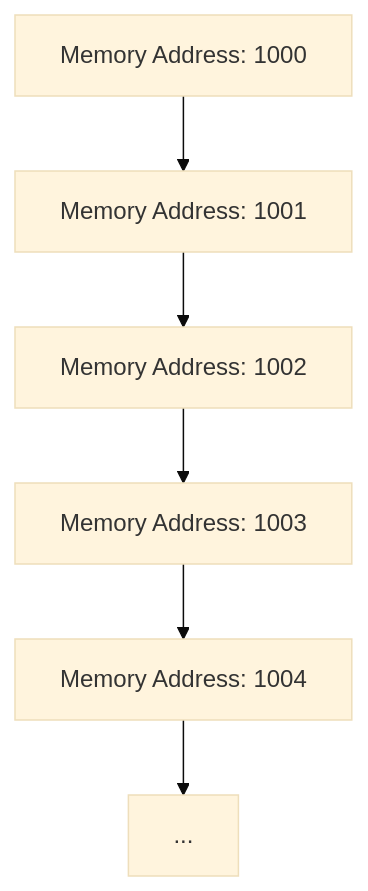
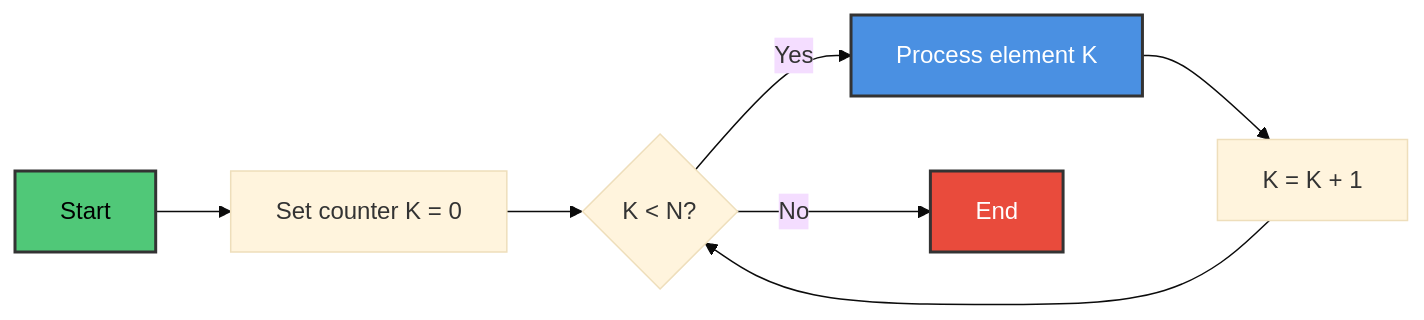
The fourth of 15 diagrams in Chapter 4 - Arrays, Records and Pointers/README.md (M-F-Tushar/CSE-2101-Data-Structure), drawn with Mermaid (base theme) before and after one commit. The commit also changed other lines of this file, not shown here.

````diff
--- a/Chapter 4 - Arrays, Records and Pointers/README.md
+++ b/Chapter 4 - Arrays, Records and Pointers/README.md
@@ -215,8 +246,13 @@
 ```mermaid
-graph TD
-    A[Memory Address: 1000] --> B[Memory Address: 1001]
-    B --> C[Memory Address: 1002]
-    C --> D[Memory Address: 1003]
-    D --> E[Memory Address: 1004]
-    E --> F[...]
+graph LR
+    A[Start] --> B[Set counter K = 0]
+    B --> C{K < N?}
+    C -->|Yes| D[Process element K]
+    D --> E[K = K + 1]
+    E --> C
+    C -->|No| F[End]
+    
+    style A fill:#50C878,stroke:#333,stroke-width:2px,color:#000
+    style F fill:#E94B3C,stroke:#333,stroke-width:2px,color:#fff
+    style D fill:#4A90E2,stroke:#333,stroke-width:2px,color:#fff
 ```
````
